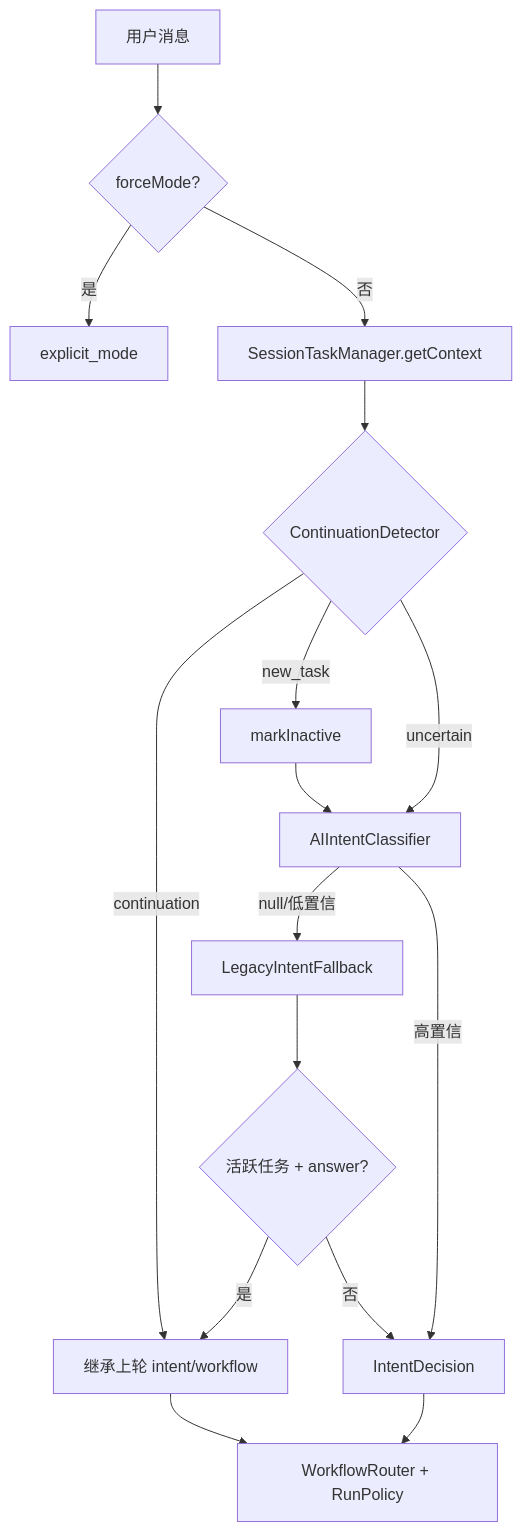
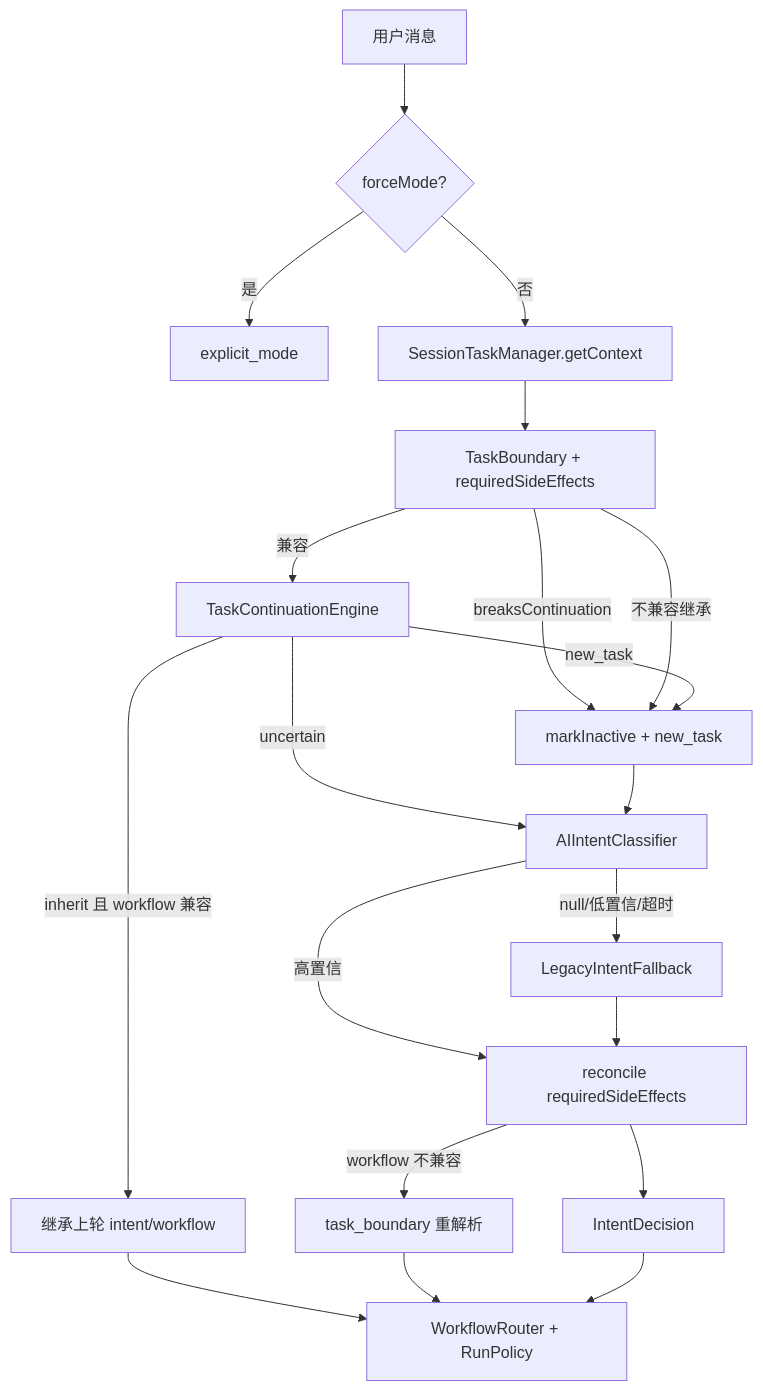
The second of 6 diagrams in docs/执行流程.md (Atikou/AgentRelay), drawn with Mermaid before and after one commit. The commit also changed other lines of this file and 122 other files, not shown here.

````diff
--- a/docs/执行流程.md
+++ b/docs/执行流程.md
@@ -49,18 +49,22 @@
 ```mermaid
 flowchart TD
   M[用户消息] --> E{forceMode?}
   E -->|是| X[explicit_mode]
   E -->|否| S[SessionTaskManager.getContext]
-  S --> C{ContinuationDetector}
-  C -->|continuation| I[继承上轮 intent/workflow]
-  C -->|new_task| N[markInactive]
+  S --> B[TaskBoundary + requiredSideEffects]
+  B -->|breaksContinuation| N[markInactive + new_task]
+  B -->|兼容| C[TaskContinuationEngine]
+  B -->|不兼容继承| N
+  C -->|inherit 且 workflow 兼容| I[继承上轮 intent/workflow]
+  C -->|new_task| N
   C -->|uncertain| A[AIIntentClassifier]
   N --> A
-  A -->|null/低置信| L[LegacyIntentFallback]
-  A -->|高置信| D[IntentDecision]
-  L --> H{活跃任务 + answer?}
-  H -->|是| I
-  H -->|否| D
+  A -->|null/低置信/超时| L[LegacyIntentFallback]
+  A -->|高置信| R[reconcile requiredSideEffects]
+  L --> R
+  R -->|workflow 不兼容| TB[task_boundary 重解析]
+  R --> D[IntentDecision]
   I --> W[WorkflowRouter + RunPolicy]
+  TB --> W
   D --> W
 ```
````
